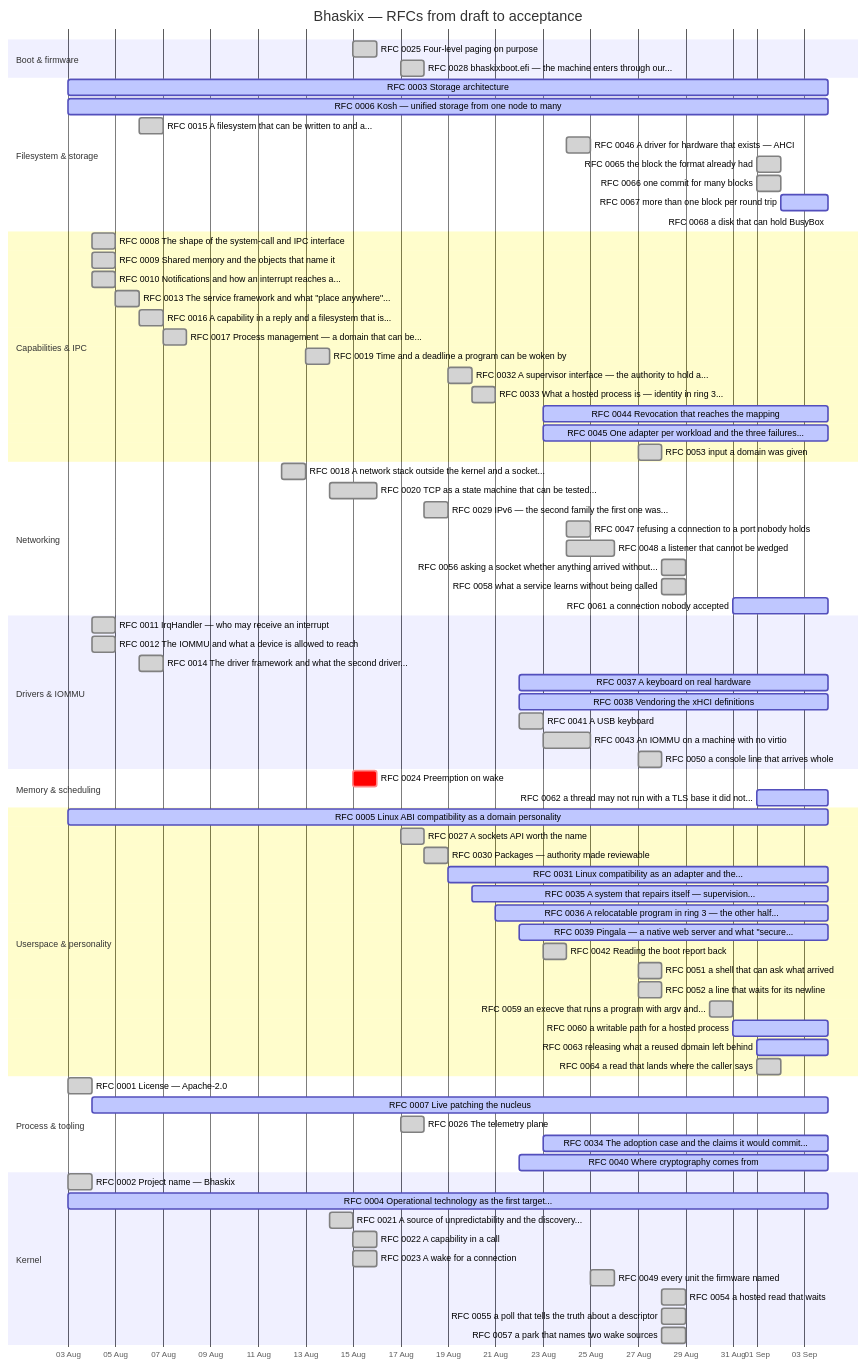
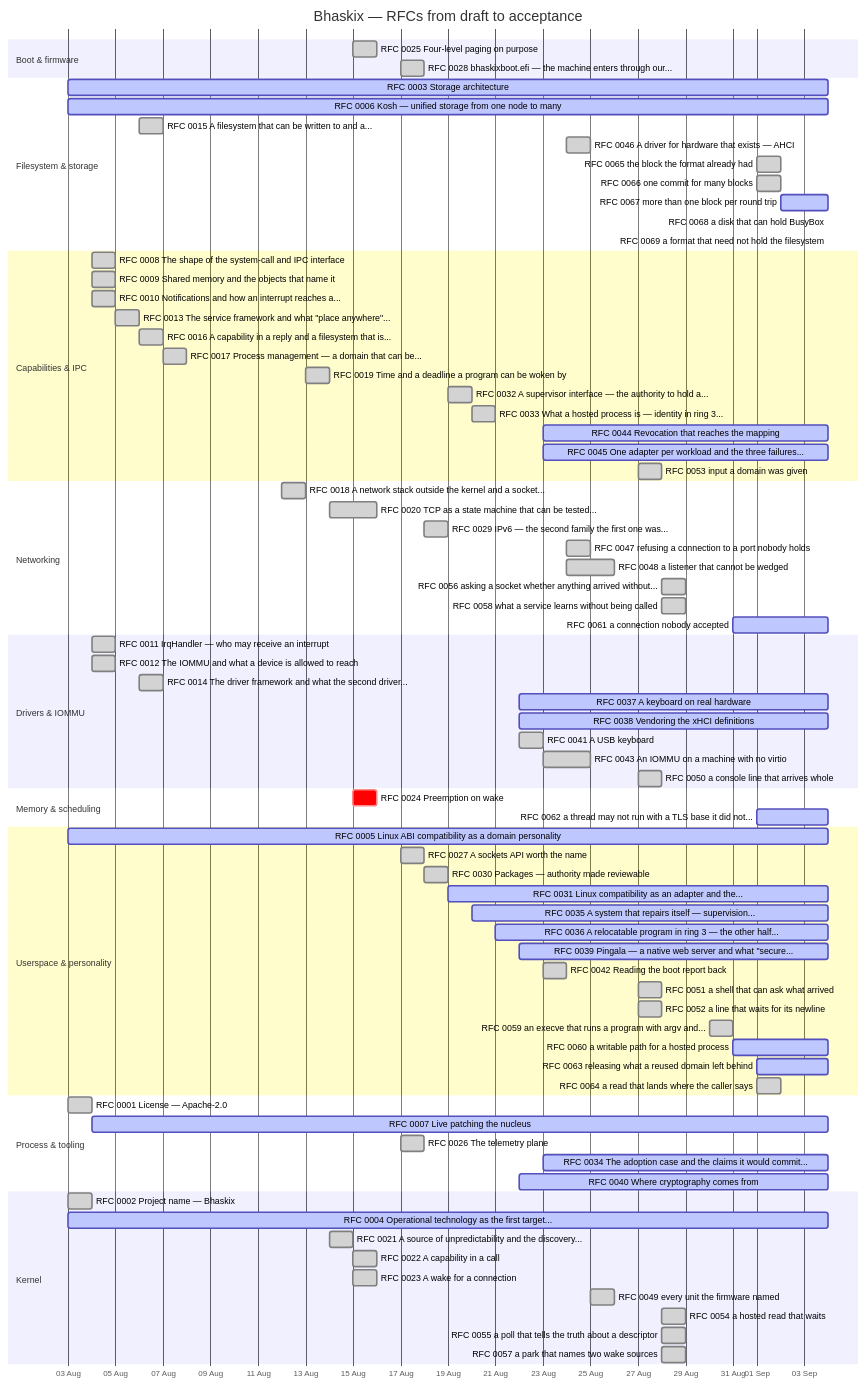
One commit to bhaskix/bhaskix changed the diagram in docs/progress.md. Above: the diagram before and after it, drawn with Mermaid. The commit also changed other lines of this file and 3 other files, not shown here.

```diff
--- a/docs/progress.md
+++ b/docs/progress.md
@@ -39,6 +39,7 @@
     RFC 0066 one commit for many blocks :done, r0066, 2026-09-01, 1d
     RFC 0067 more than one block per round trip :active, r0067, 2026-09-02, 2026-09-04
     RFC 0068 a disk that can hold BusyBox :active, r0068, 2026-09-04, 2026-09-04
+    RFC 0069 a format that need not hold the filesystem :active, r0069, 2026-09-04, 2026-09-04
     section Capabilities & IPC
     RFC 0008 The shape of the system-call and IPC interface :done, r0008, 2026-08-04, 1d
     RFC 0009 Shared memory and the objects that name it :done, r0009, 2026-08-04, 1d
```
